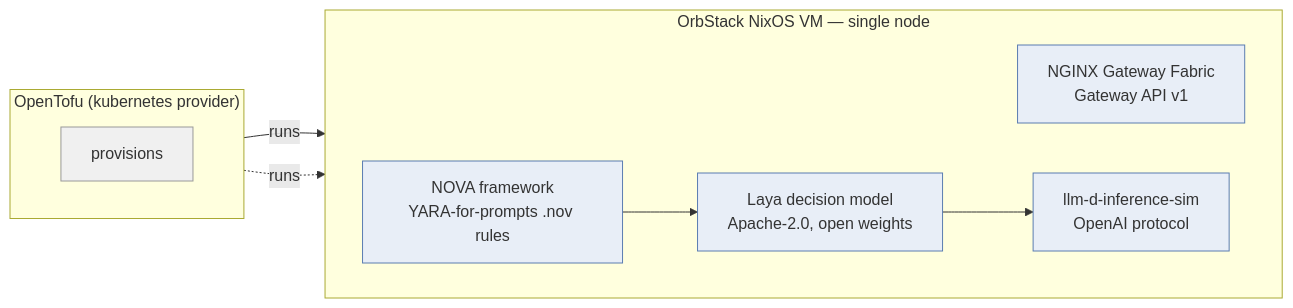
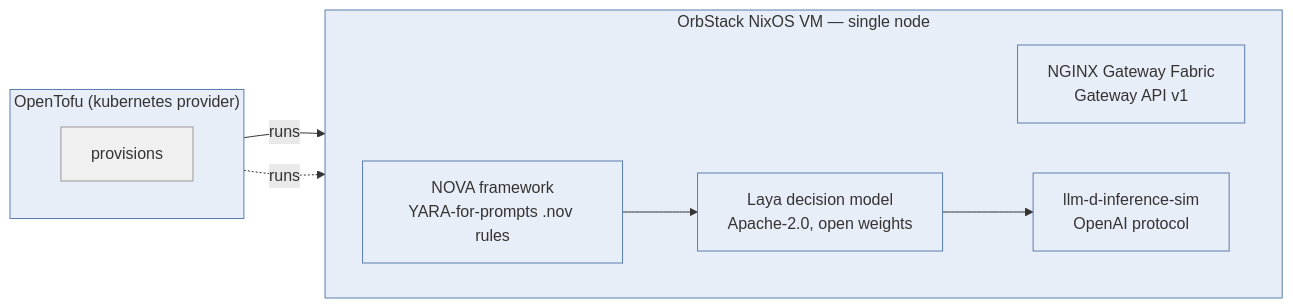
The diagram in assets/mmd/stack-provenance.mmd (shsingh/ai-sec-lab), drawn with Mermaid before and after one commit. The commit also changed 17 other files, not shown here.

First line of the commit message:
docs+assets: figure labels M1-M7 -> 01-07 in reading order; unified transparent figure theme

```diff
--- a/assets/mmd/stack-provenance.mmd
+++ b/assets/mmd/stack-provenance.mmd
@@ -1,21 +1,23 @@
-%% M2 — stack-provenance: every layer is open source
+%% Figure 02 — stack-provenance: every layer is open source
 flowchart LR
     subgraph PROV["OpenTofu (kubernetes provider)"]
         direction TB
         PROVBOX["provisions"]
     end
     subgraph RUNS["OrbStack NixOS VM — single node"]
         direction LR
         NGF["NGINX Gateway Fabric<br/>Gateway API v1"]
         NOVA["NOVA framework<br/>YARA-for-prompts .nov rules"]
         LAYA["Laya decision model<br/>Apache-2.0, open weights"]
         SIM["llm-d-inference-sim<br/>OpenAI protocol"]
     end
     PROV -->|"runs"| NGF
     PROV -.->|"runs"| NOVA
     NOVA --> LAYA --> SIM
 
     classDef iac fill:#f0f0f0,stroke:#999
     classDef foss fill:#e8eef7,stroke:#5b7db1
     class PROVBOX iac
     class NGF,NOVA,LAYA,SIM foss
+    classDef plain fill:#e8eef7,stroke:#5b7db1,color:#333
+    class LAYA,NOVA,PROV,RUNS,SIM plain
```
